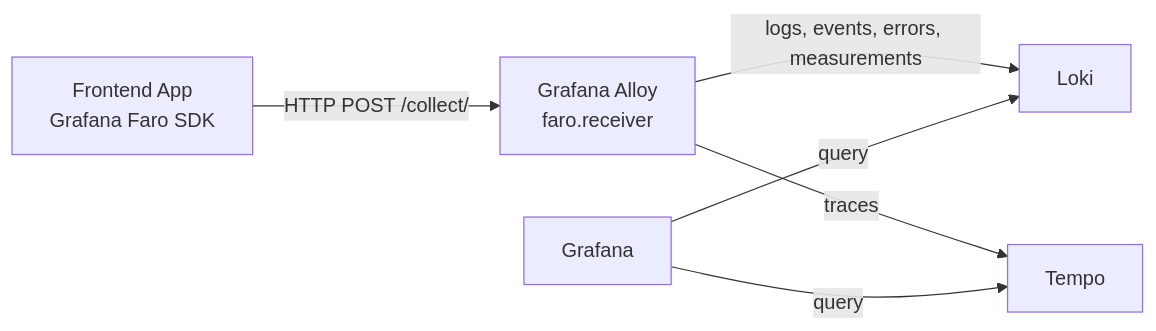
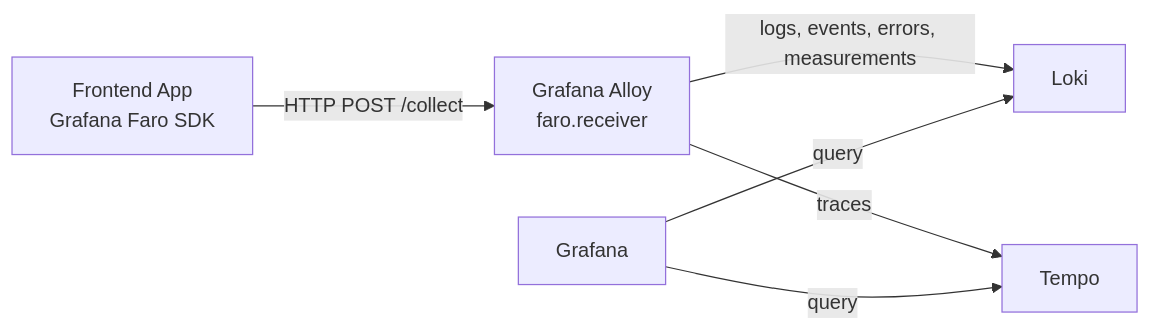
One commit to ayush1452/testing-setup changed the diagram in frontend/README.md. Above: the diagram before and after it, drawn with Mermaid. The commit also changed other lines of this file and 1 other file, not shown here.

````diff
--- a/frontend/README.md
+++ b/frontend/README.md
@@ -17,8 +17,8 @@
 ```mermaid
 flowchart LR
-    A[Frontend App<br/>Grafana Faro SDK] -->|HTTP POST /collect/<app-name>| B[Grafana Alloy<br/>faro.receiver]
+    A[Frontend App<br/>Grafana Faro SDK] -->|HTTP POST /collect| B[Grafana Alloy<br/>faro.receiver]
     B -->|logs, events, errors, measurements| C[Loki]
     B -->|traces| D[Tempo]
     E[Grafana] -->|query| C
     E -->|query| D
 ```
````
